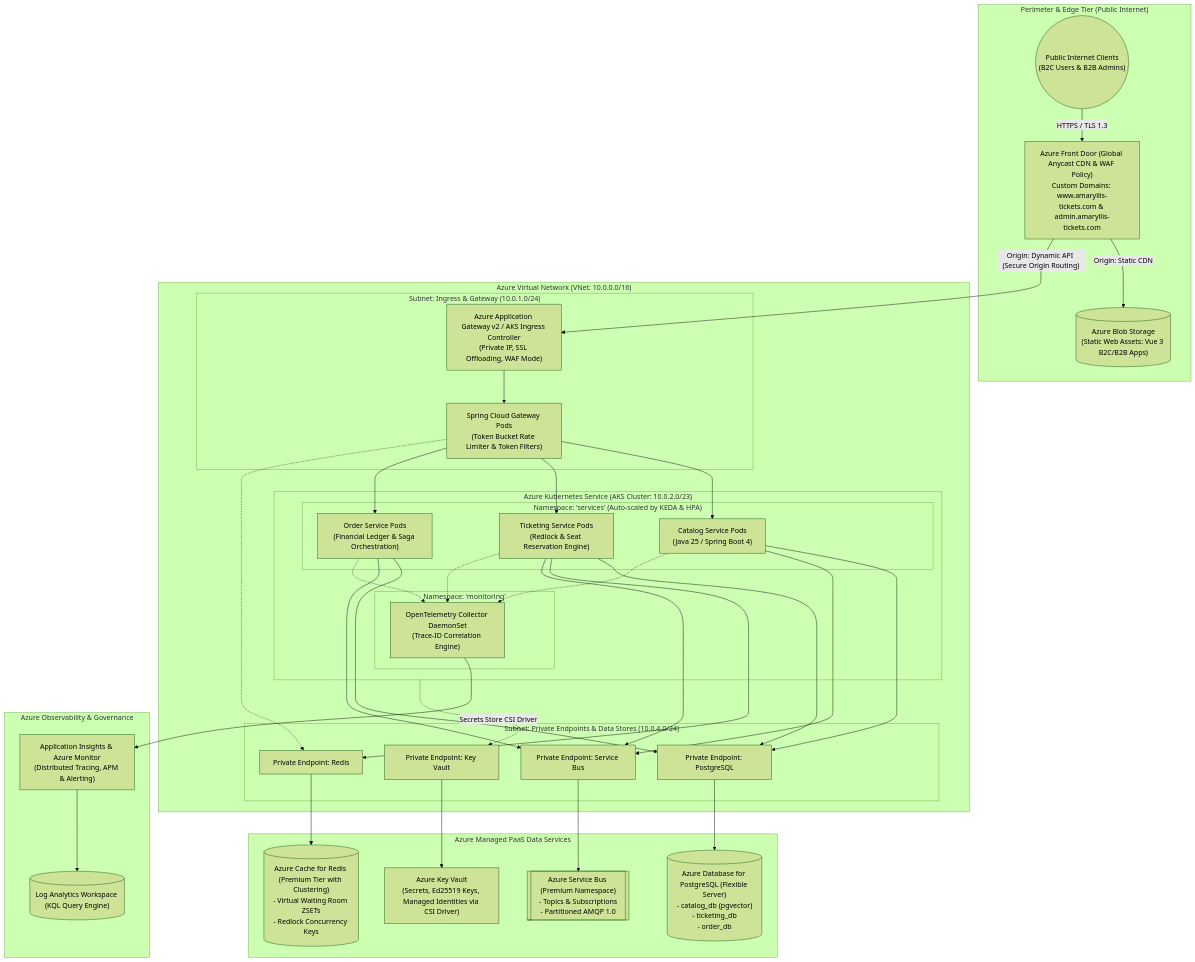
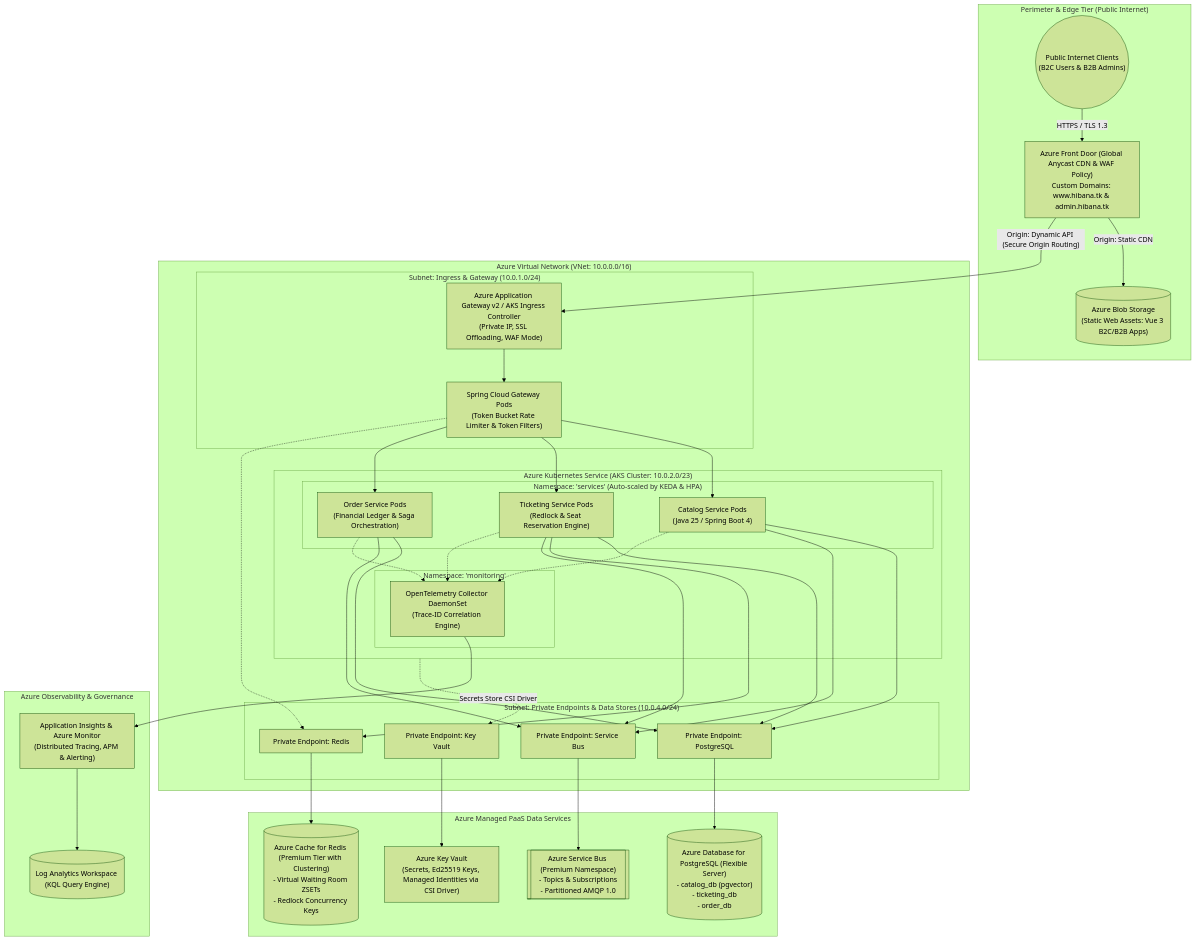
One commit to maaaseee/Hibana-ticketing-platform changed the diagram in docs/architecture/diagrams/08-azure-cloud-infrastructure.md. Above: the diagram before and after it, drawn with Mermaid (forest theme). The commit also changed 49 other files, not shown here.

Commit message:
refactor(branding): rename platform identity and domains to Hibana.tk

````diff
--- a/docs/architecture/diagrams/08-azure-cloud-infrastructure.md
+++ b/docs/architecture/diagrams/08-azure-cloud-infrastructure.md
@@ -3,76 +3,76 @@
 ```mermaid
 flowchart TB
     subgraph PERIMETER["Perimeter & Edge Tier (Public Internet)"]
         INTERNET(("Public Internet Clients<br/>(B2C Users & B2B Admins)"))
-        AFD["Azure Front Door (Global Anycast CDN & WAF Policy)<br/>Custom Domains: www.amaryllis-tickets.com & admin.amaryllis-tickets.com"]
+        AFD["Azure Front Door (Global Anycast CDN & WAF Policy)<br/>Custom Domains: www.hibana.tk & admin.hibana.tk"]
         BLOB_STATIC[("Azure Blob Storage<br/>(Static Web Assets: Vue 3 B2C/B2B Apps)")]
     end
 
     subgraph AZURE_VNET["Azure Virtual Network (VNet: 10.0.0.0/16)"]
         subgraph SUBNET_INGRESS["Subnet: Ingress & Gateway (10.0.1.0/24)"]
             APP_GW["Azure Application Gateway v2 / AKS Ingress Controller<br/>(Private IP, SSL Offloading, WAF Mode)"]
             SCG["Spring Cloud Gateway Pods<br/>(Token Bucket Rate Limiter & Token Filters)"]
         end
 
         subgraph AKS_CLUSTER["Azure Kubernetes Service (AKS Cluster: 10.0.2.0/23)"]
             subgraph NS_SERVICES["Namespace: 'services' (Auto-scaled by KEDA & HPA)"]
                 POD_CAT["Catalog Service Pods<br/>(Java 25 / Spring Boot 4)"]
                 POD_TICK["Ticketing Service Pods<br/>(Redlock & Seat Reservation Engine)"]
                 POD_ORD["Order Service Pods<br/>(Financial Ledger & Saga Orchestration)"]
             end
 
             subgraph NS_MONITORING["Namespace: 'monitoring'"]
                 OTEL["OpenTelemetry Collector DaemonSet<br/>(Trace-ID Correlation Engine)"]
             end
         end
 
         subgraph SUBNET_DATA["Subnet: Private Endpoints & Data Stores (10.0.4.0/24)"]
             PEP_PG["Private Endpoint: PostgreSQL"]
             PEP_REDIS["Private Endpoint: Redis"]
             PEP_SB["Private Endpoint: Service Bus"]
             PEP_KV["Private Endpoint: Key Vault"]
         end
     end
 
     subgraph AZURE_PAAS["Azure Managed PaaS Data Services"]
         PG_FLEX[("Azure Database for PostgreSQL (Flexible Server)<br/>- catalog_db (pgvector)<br/>- ticketing_db<br/>- order_db")]
         REDIS_PREM[("Azure Cache for Redis (Premium Tier with Clustering)<br/>- Virtual Waiting Room ZSETs<br/>- Redlock Concurrency Keys")]
         SB_PREM[["Azure Service Bus (Premium Namespace)<br/>- Topics & Subscriptions<br/>- Partitioned AMQP 1.0"]]
         AKV["Azure Key Vault<br/>(Secrets, Ed25519 Keys, Managed Identities via CSI Driver)"]
     end
 
     subgraph OBSERVABILITY["Azure Observability & Governance"]
         APP_INSIGHTS["Application Insights & Azure Monitor<br/>(Distributed Tracing, APM & Alerting)"]
         LOG_ANALYTICS[("Log Analytics Workspace (KQL Query Engine)")]
     end
 
     %% Network Connections
     INTERNET -->|"HTTPS / TLS 1.3"| AFD
     AFD -->|"Origin: Static CDN"| BLOB_STATIC
     AFD -->|"Origin: Dynamic API (Secure Origin Routing)"| APP_GW
 
     APP_GW --> SCG
     SCG --> POD_CAT
     SCG --> POD_TICK
     SCG --> POD_ORD
 
     POD_CAT --> PEP_PG --> PG_FLEX
     POD_TICK --> PEP_PG
     POD_ORD --> PEP_PG
 
     POD_TICK --> PEP_REDIS --> REDIS_PREM
     SCG -.-> PEP_REDIS
 
     POD_CAT --> PEP_SB --> SB_PREM
     POD_TICK --> PEP_SB
     POD_ORD --> PEP_SB
 
     AKS_CLUSTER -.->|"Secrets Store CSI Driver"| PEP_KV --> AKV
 
     %% Telemetry
     OTEL --> APP_INSIGHTS
     APP_INSIGHTS --> LOG_ANALYTICS
     POD_CAT -.-> OTEL
     POD_TICK -.-> OTEL
     POD_ORD -.-> OTEL
 ```
````
